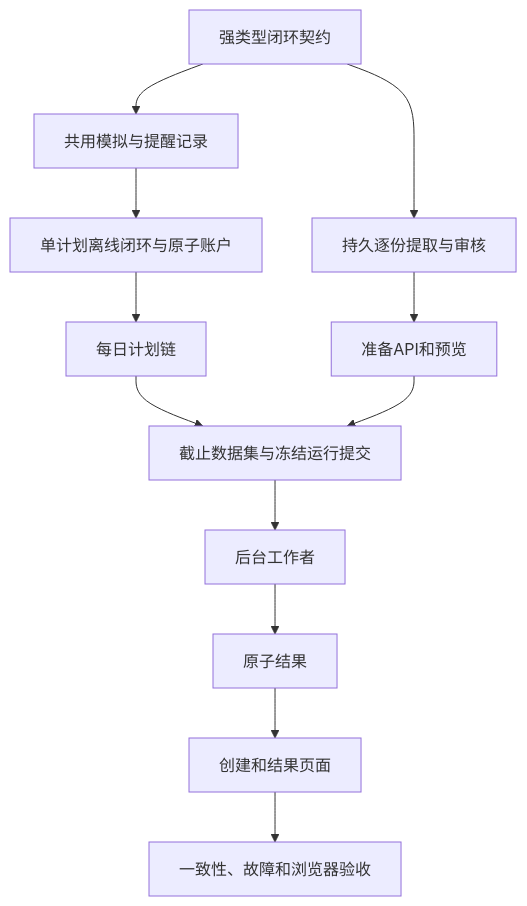
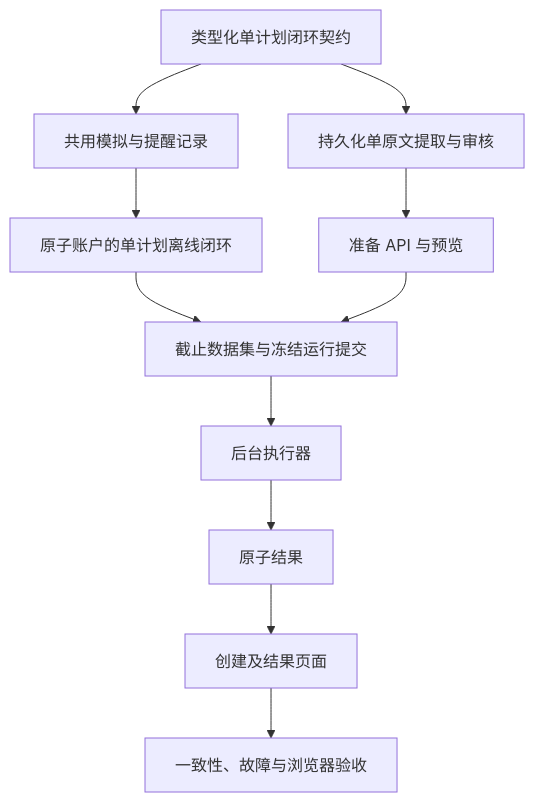
One commit to xiedc1227-bot/trade-plan-monitor changed the diagram in tasks/plan.zh-CN.md. Above: the diagram before and after it, drawn with Mermaid. The commit also changed other lines of this file and 23 other files, not shown here.

````diff
--- a/tasks/plan.zh-CN.md
+++ b/tasks/plan.zh-CN.md
@@ -34,14 +34,13 @@
 ```mermaid
 flowchart TD
-    A[强类型闭环契约] --> B[共用模拟与提醒记录]
-    B --> C[单计划离线闭环与原子账户]
-    C --> D[每日计划链]
-    A --> E[持久逐份提取与审核]
-    E --> F[准备API和预览]
-    D --> G[截止数据集与冻结运行提交]
+    A[类型化单计划闭环契约] --> B[共用模拟与提醒记录]
+    B --> C[原子账户的单计划离线闭环]
+    A --> E[持久化单原文提取与审核]
+    E --> F[准备 API 与预览]
+    C --> G[截止数据集与冻结运行提交]
     F --> G
-    G --> H[后台工作者]
+    G --> H[后台执行器]
     H --> I[原子结果]
-    I --> J[创建和结果页面]
-    J --> K[一致性、故障和浏览器验收]
+    I --> J[创建及结果页面]
+    J --> K[一致性、故障与浏览器验收]
 ```
````
